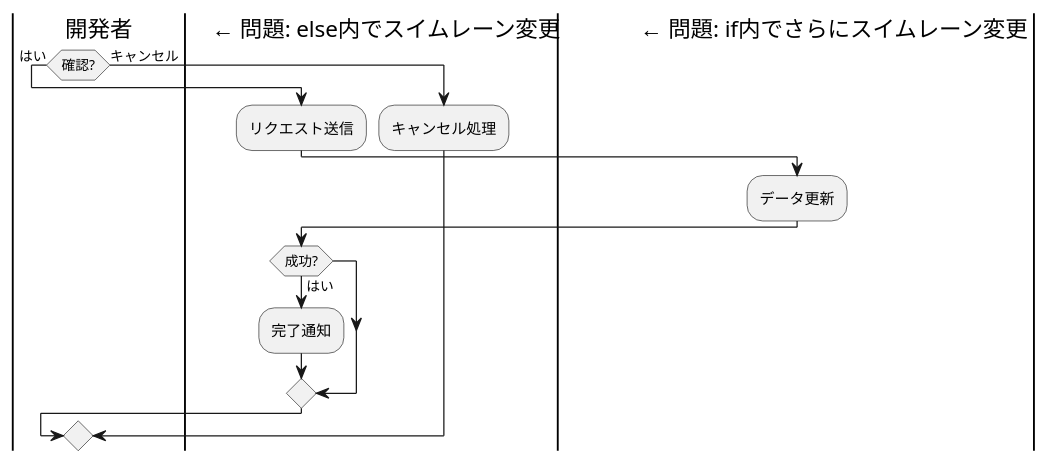
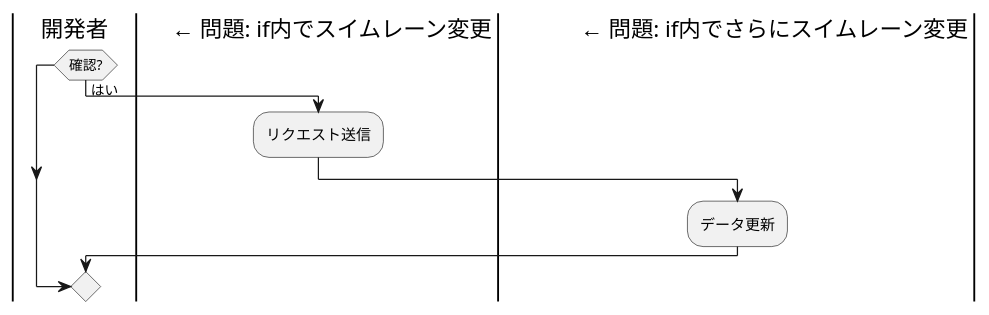
One commit to yoshiwo3/PlantUML2_Opus4.5 changed the third of 8 diagrams in docs/guides/PlantUML_SVG_Generation_Guide.md. Above: the diagram before and after it, drawn with PlantUML. The commit also changed other lines of this file, not shown here.

First line of the commit message:
docs: PlantUML SVG生成ガイドv4.0（全面改善）

````diff
--- a/docs/guides/PlantUML_SVG_Generation_Guide.md
+++ b/docs/guides/PlantUML_SVG_Generation_Guide.md
@@ -822,17 +589,10 @@
 ```plantuml
 ' ❌ 問題パターン: if内で複数のスイムレーンに遷移
 |開発者|
 if (確認?) then (はい)
   |Frontend Service|     ← 問題: if内でスイムレーン変更
   :リクエスト送信;
   |Supabase|             ← 問題: if内でさらにスイムレーン変更
   :データ更新;
-  |Frontend Service|     ← 問題: if内でスイムレーン変更
-  if (成功?) then (はい)
-    :完了通知;
-  endif
-else (キャンセル)
-  |Frontend Service|     ← 問題: else内でスイムレーン変更
-  :キャンセル処理;
 endif
 ```
````
